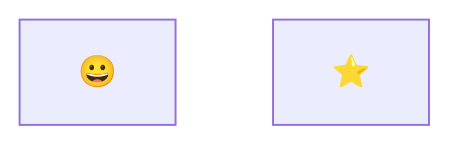
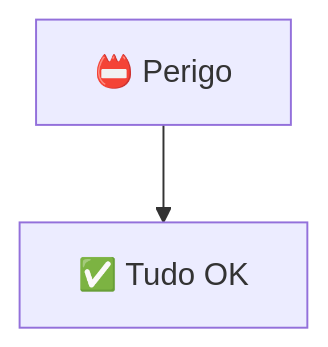
The second of 2 diagrams in FlowCharts/Construindo.md (F4NT0/Mermaid_Example), drawn with Mermaid before and after one commit. The commit also changed other lines of this file, not shown here.

````diff
--- a/FlowCharts/Construindo.md
+++ b/FlowCharts/Construindo.md
@@ -47,5 +28,4 @@
 ```mermaid
 flowchart
-    A["#128512;"]
-    B["#11088;"]
+    A["#128219; Perigo"] --> B["#9989; Tudo OK"]
 ```
````
